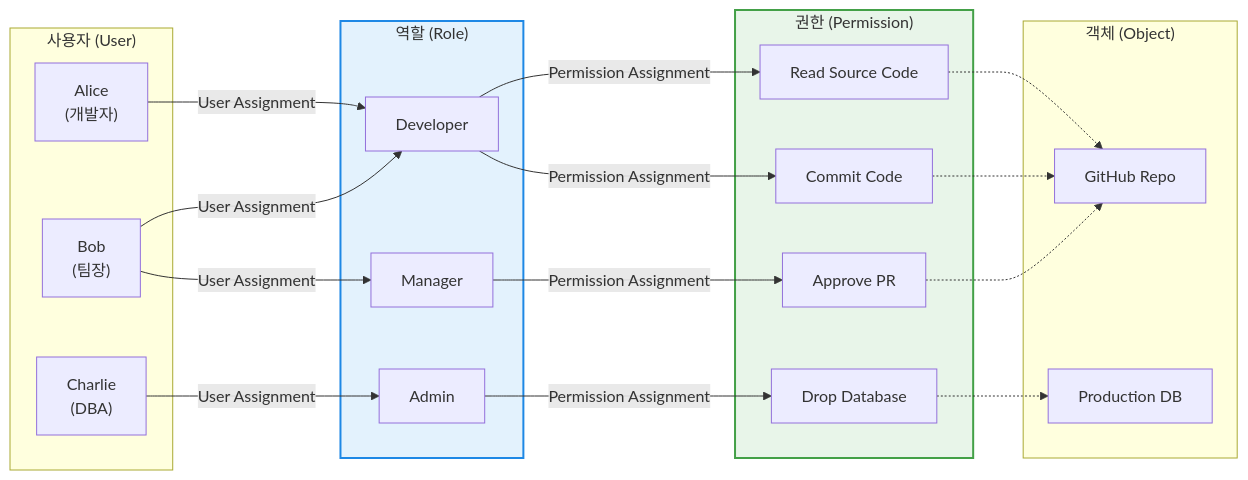
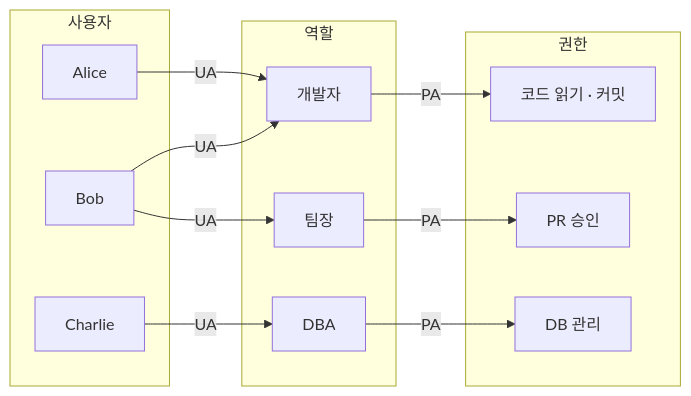
Before and after one commit to supremethumb/supremethumb.github.io: the diagram in content/01_IT Tech/RBAC.md, drawn with Mermaid. The commit also changed other lines of this file and 1087 other files, not shown here.

````diff
--- a/content/01_IT Tech/RBAC.md
+++ b/content/01_IT Tech/RBAC.md
@@ -32,48 +35,25 @@
 ```mermaid
 flowchart LR
-    subgraph Users ["사용자 (User)"]
-        U1["Alice<br/>(개발자)"]
-        U2["Bob<br/>(팀장)"]
-        U3["Charlie<br/>(DBA)"]
+    subgraph U["사용자"]
+        U1["Alice"]
+        U2["Bob"]
+        U3["Charlie"]
     end
-
-    subgraph Roles ["역할 (Role)"]
-        R1["Developer"]
-        R2["Manager"]
-        R3["Admin"]
+    subgraph R["역할"]
+        R1["개발자"]
+        R2["팀장"]
+        R3["DBA"]
     end
-
-    subgraph Permissions ["권한 (Permission)"]
-        P1["Read Source Code"]
-        P2["Commit Code"]
-        P3["Approve PR"]
-        P4["Drop Database"]
+    subgraph P["권한"]
+        P1["코드 읽기 · 커밋"]
+        P2["PR 승인"]
+        P3["DB 관리"]
     end
-    
-    subgraph Objects ["객체 (Object)"]
-        O1["GitHub Repo"]
-        O2["Production DB"]
-    end
-
-    %% User Assignment (UA)
-    U1 -->|User Assignment| R1
-    U2 -->|User Assignment| R1
-    U2 -->|User Assignment| R2
-    U3 -->|User Assignment| R3
-
-    %% Permission Assignment (PA)
-    R1 -->|Permission Assignment| P1
-    R1 -->|Permission Assignment| P2
-    R2 -->|Permission Assignment| P3
-    R3 -->|Permission Assignment| P4
-    
-    %% Operation
-    P1 -.-> O1
-    P2 -.-> O1
-    P3 -.-> O1
-    P4 -.-> O2
-    
-    style Roles fill:#e3f2fd,stroke:#1e88e5,stroke-width:2px
-    style Permissions fill:#e8f5e9,stroke:#43a047,stroke-width:2px
-
+    U1 -->|"UA"| R1
+    U2 -->|"UA"| R1
+    U2 -->|"UA"| R2
+    U3 -->|"UA"| R3
+    R1 -->|"PA"| P1
+    R2 -->|"PA"| P2
+    R3 -->|"PA"| P3
 ```
````
